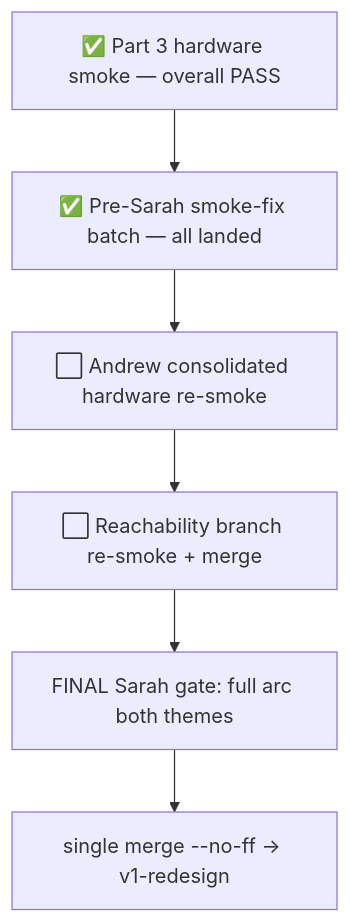
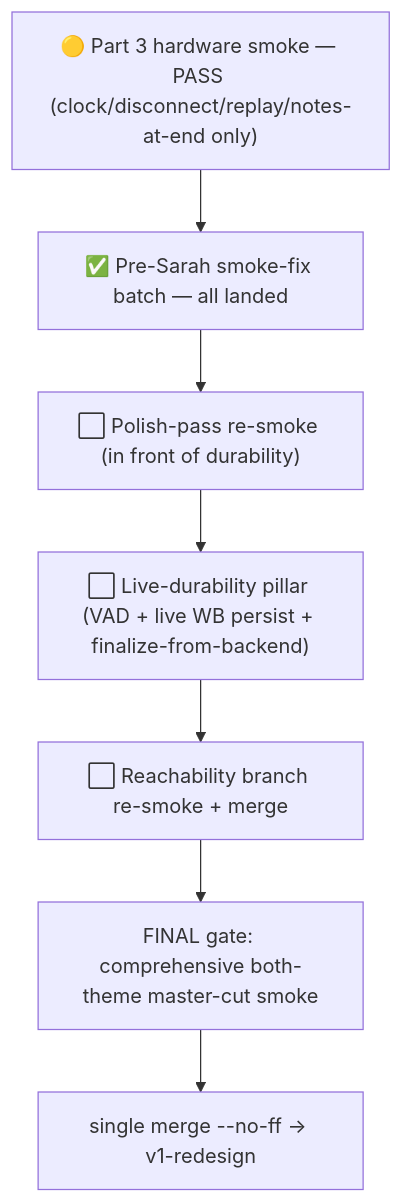
Before and after one commit to Arangarx/tutoring-notes: the diagram in docs/handoff/ORCHESTRATOR-STATE.md, drawn with Mermaid. The commit also changed other lines of this file and 3 other files, not shown here.

Commit message:
docs(plan): go-to-Sarah master-cut plan finalized + 5-axis-hardened; state HEAD execution-ready; inline smoke notes

````diff
--- a/docs/handoff/ORCHESTRATOR-STATE.md
+++ b/docs/handoff/ORCHESTRATOR-STATE.md
@@ -95,10 +97,11 @@
 ```mermaid
 flowchart TD
-  P3SMOKE["✅ Part 3 hardware smoke — overall PASS"]
+  P3SMOKE["🟡 Part 3 hardware smoke — PASS (clock/disconnect/replay/notes-at-end only)"]
   FIXBATCH["✅ Pre-Sarah smoke-fix batch — all landed"]
-  RESMOKE["⬜ Andrew consolidated hardware re-smoke"]
+  RESMOKE["⬜ Polish-pass re-smoke (in front of durability)"]
+  DURABILITY["⬜ Live-durability pillar (VAD + live WB persist + finalize-from-backend)"]
   REACH["⬜ Reachability branch re-smoke + merge"]
-  GATE["FINAL Sarah gate: full arc both themes"]
+  GATE["FINAL gate: comprehensive both-theme master-cut smoke"]
   MERGE["single merge --no-ff → v1-redesign"]
-  P3SMOKE --> FIXBATCH --> RESMOKE --> REACH --> GATE --> MERGE
+  P3SMOKE --> FIXBATCH --> RESMOKE --> DURABILITY --> REACH --> GATE --> MERGE
 ```
````
